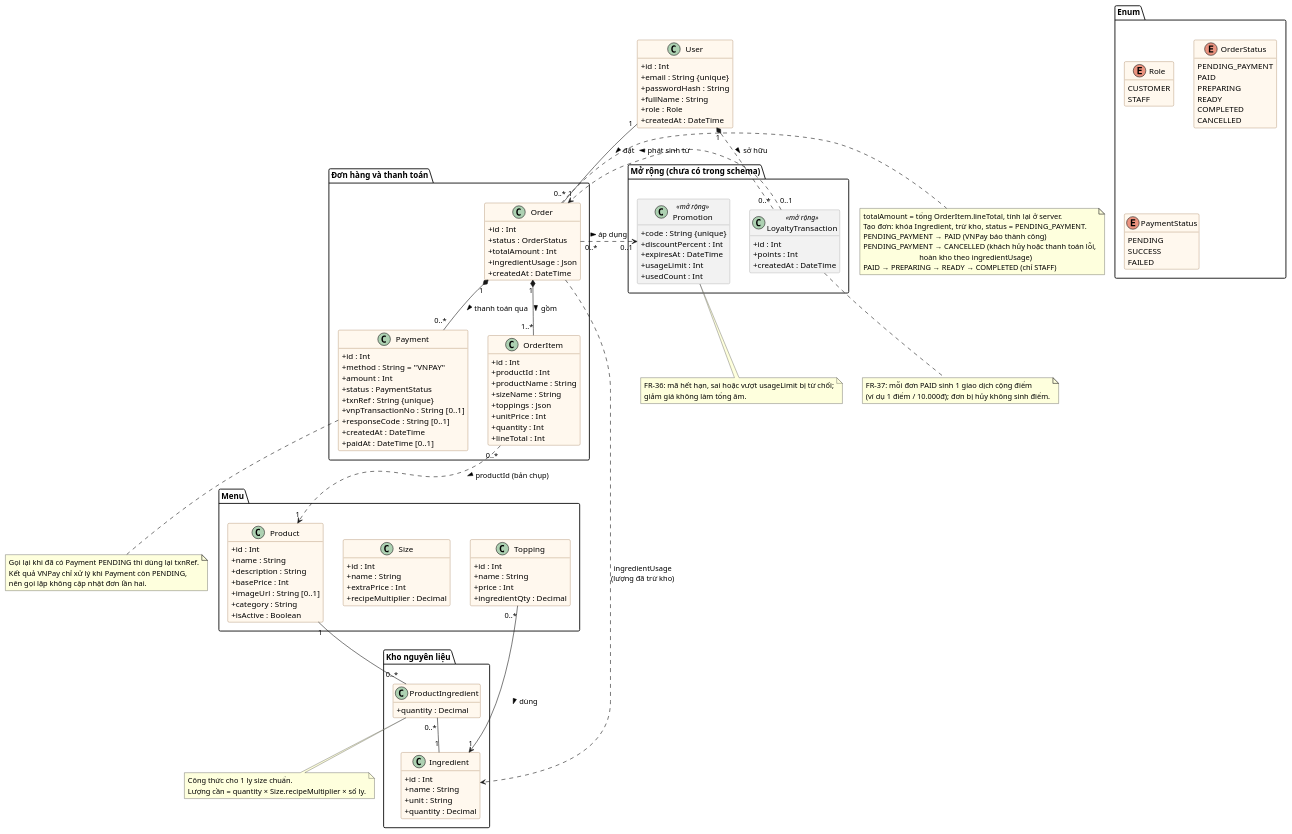
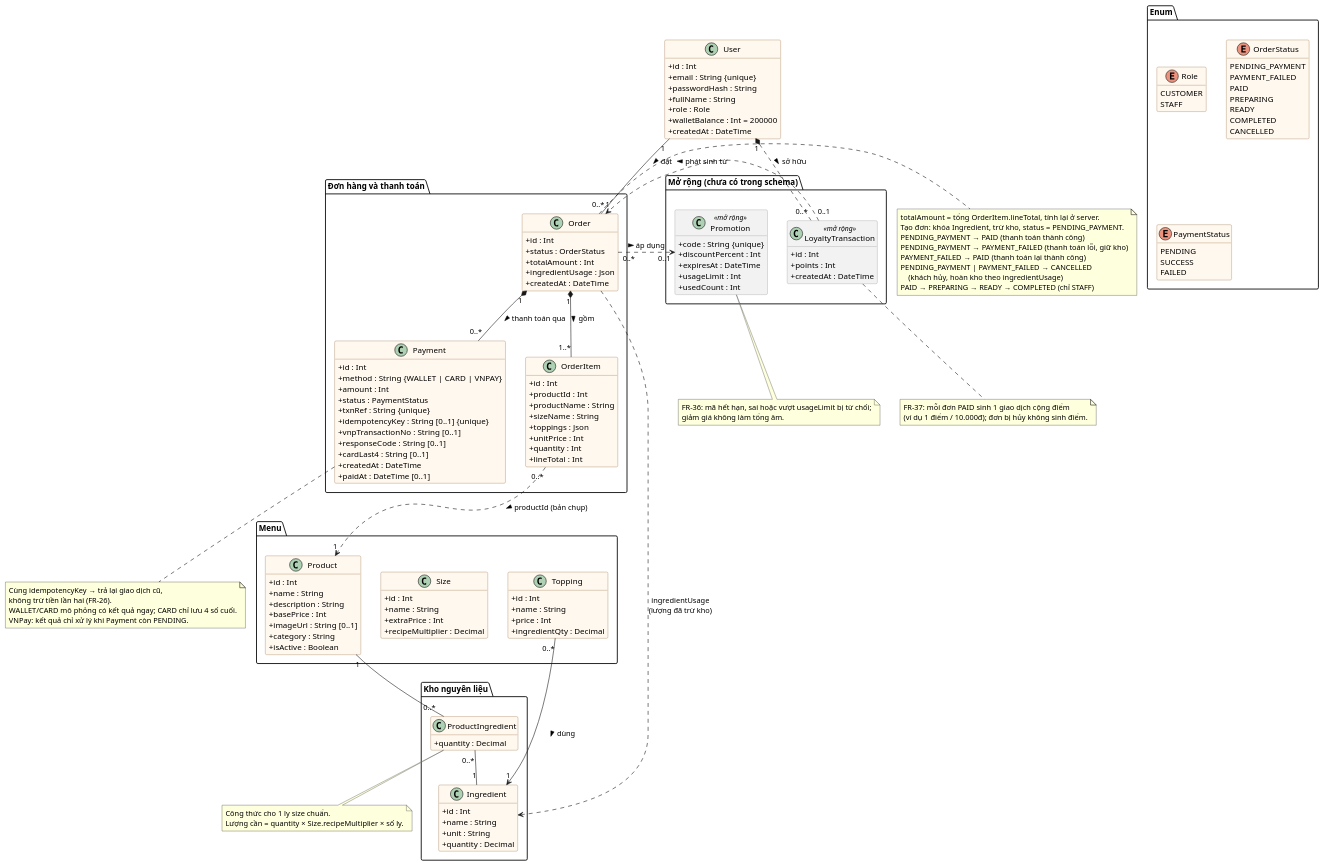
One commit to NguyenphamThaitu/FE_brewlite_hk1 changed the diagram in docs/diagrams/class-domain.puml. Above: the diagram before and after it, drawn with PlantUML. The commit also changed 3 other files, not shown here.

First line of the commit message:
docs: align class diagram and use-case mapping with the merged SRS

```diff
--- a/docs/diagrams/class-domain.puml
+++ b/docs/diagrams/class-domain.puml
@@ -1,172 +1,179 @@
 @startuml class-domain
 ' BrewLite - Class diagram muc domain (Task 2.3)
 ' Bam theo apps/api/prisma/schema.prisma. Mo ta: docs/diagrams/class-domain.md
 hide empty members
 skinparam classAttributeIconSize 0
 skinparam shadowing false
 skinparam class {
   BackgroundColor #FFF8EE
   BorderColor #8A5A2B
   BackgroundColor<<mở rộng>> #F2F2F2
   BorderColor<<mở rộng>> #888888
 }
 skinparam enum {
   BackgroundColor #EEF5FF
   BorderColor #3A6EA5
 }
 
 package "Enum" {
   enum Role {
     CUSTOMER
     STAFF
   }
   enum OrderStatus {
     PENDING_PAYMENT
+    PAYMENT_FAILED
     PAID
     PREPARING
     READY
     COMPLETED
     CANCELLED
   }
   enum PaymentStatus {
     PENDING
     SUCCESS
     FAILED
   }
 }
 
 class User {
   + id : Int
   + email : String {unique}
   + passwordHash : String
   + fullName : String
   + role : Role
+  + walletBalance : Int = 200000
   + createdAt : DateTime
 }
 
 package "Menu" {
   class Product {
     + id : Int
     + name : String
     + description : String
     + basePrice : Int
     + imageUrl : String [0..1]
     + category : String
     + isActive : Boolean
   }
   class Size {
     + id : Int
     + name : String
     + extraPrice : Int
     + recipeMultiplier : Decimal
   }
   class Topping {
     + id : Int
     + name : String
     + price : Int
     + ingredientQty : Decimal
   }
 }
 
 package "Kho nguyên liệu" {
   class Ingredient {
     + id : Int
     + name : String
     + unit : String
     + quantity : Decimal
   }
   class ProductIngredient {
     + quantity : Decimal
   }
 }
 
 package "Đơn hàng và thanh toán" {
   class Order {
     + id : Int
     + status : OrderStatus
     + totalAmount : Int
     + ingredientUsage : Json
     + createdAt : DateTime
   }
   class OrderItem {
     + id : Int
     + productId : Int
     + productName : String
     + sizeName : String
     + toppings : Json
     + unitPrice : Int
     + quantity : Int
     + lineTotal : Int
   }
   class Payment {
     + id : Int
-    + method : String = "VNPAY"
+    + method : String {WALLET | CARD | VNPAY}
     + amount : Int
     + status : PaymentStatus
     + txnRef : String {unique}
+    + idempotencyKey : String [0..1] {unique}
     + vnpTransactionNo : String [0..1]
     + responseCode : String [0..1]
+    + cardLast4 : String [0..1]
     + createdAt : DateTime
     + paidAt : DateTime [0..1]
   }
 }
 
 package "Mở rộng (chưa có trong schema)" {
   class Promotion <<mở rộng>> {
     + code : String {unique}
     + discountPercent : Int
     + expiresAt : DateTime
     + usageLimit : Int
     + usedCount : Int
   }
   class LoyaltyTransaction <<mở rộng>> {
     + id : Int
     + points : Int
     + createdAt : DateTime
   }
 }
 
 User "1" -- "0..*" Order : đặt >
 Order "1" *-- "1..*" OrderItem : gồm >
 OrderItem "0..*" ..> "1" Product : productId (bản chụp) >
 Order "1" *-- "0..*" Payment : thanh toán qua >
 
 Product "1" -- "0..*" ProductIngredient
 ProductIngredient "0..*" -- "1" Ingredient
 Topping "0..*" --> "1" Ingredient : dùng >
 Order ..> Ingredient : ingredientUsage\n(lượng đã trừ kho)
 
 Order "0..*" ..> "0..1" Promotion : áp dụng >
 User "1" *.. "0..*" LoyaltyTransaction : sở hữu >
 LoyaltyTransaction "0..1" ..> "1" Order : phát sinh từ >
 
 note bottom of Promotion
   FR-36: mã hết hạn, sai hoặc vượt usageLimit bị từ chối;
   giảm giá không làm tổng âm.
 end note
 
 note bottom of LoyaltyTransaction
   FR-37: mỗi đơn PAID sinh 1 giao dịch cộng điểm
   (ví dụ 1 điểm / 10.000đ); đơn bị hủy không sinh điểm.
 end note
 
 note right of Order
   totalAmount = tổng OrderItem.lineTotal, tính lại ở server.
   Tạo đơn: khóa Ingredient, trừ kho, status = PENDING_PAYMENT.
-  PENDING_PAYMENT → PAID (VNPay báo thành công)
-  PENDING_PAYMENT → CANCELLED (khách hủy hoặc thanh toán lỗi,
-                               hoàn kho theo ingredientUsage)
+  PENDING_PAYMENT → PAID (thanh toán thành công)
+  PENDING_PAYMENT → PAYMENT_FAILED (thanh toán lỗi, giữ kho)
+  PAYMENT_FAILED → PAID (thanh toán lại thành công)
+  PENDING_PAYMENT | PAYMENT_FAILED → CANCELLED
+      (khách hủy, hoàn kho theo ingredientUsage)
   PAID → PREPARING → READY → COMPLETED (chỉ STAFF)
 end note
 
 note bottom of Payment
-  Gọi lại khi đã có Payment PENDING thì dùng lại txnRef.
-  Kết quả VNPay chỉ xử lý khi Payment còn PENDING,
-  nên gọi lặp không cập nhật đơn lần hai.
+  Cùng idempotencyKey → trả lại giao dịch cũ,
+  không trừ tiền lần hai (FR-26).
+  WALLET/CARD mô phỏng có kết quả ngay; CARD chỉ lưu 4 số cuối.
+  VNPay: kết quả chỉ xử lý khi Payment còn PENDING.
 end note
 
 note bottom of ProductIngredient
   Công thức cho 1 ly size chuẩn.
   Lượng cần = quantity × Size.recipeMultiplier × số ly.
 end note
 @enduml
```
